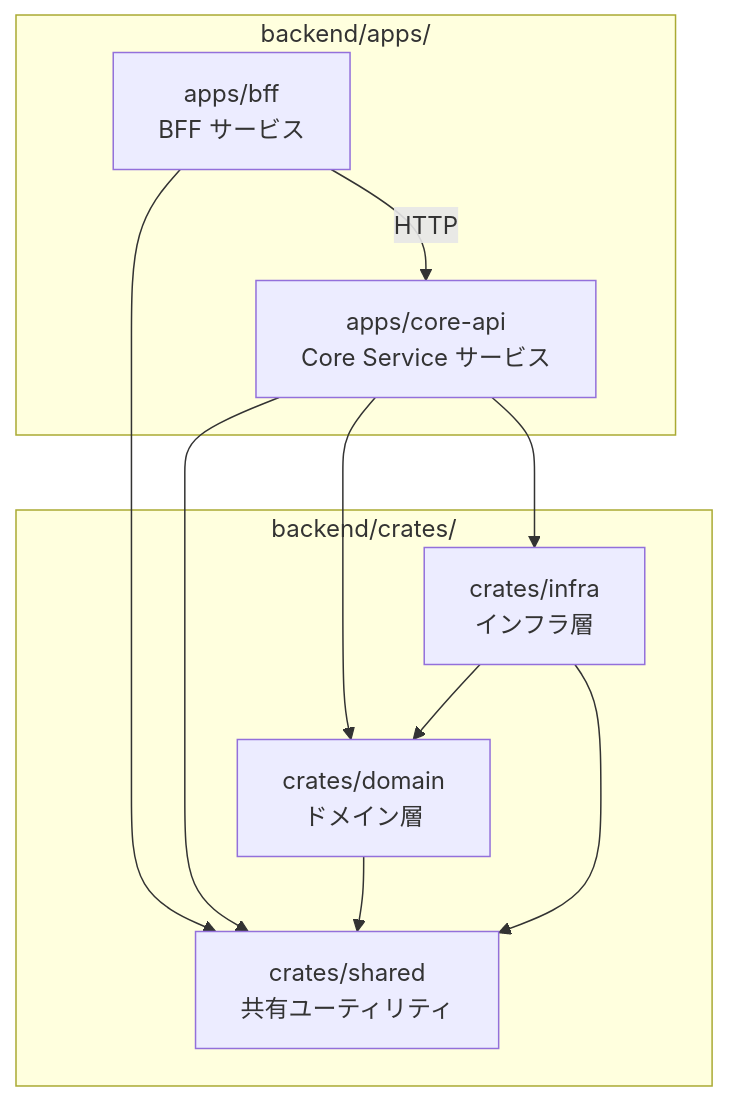
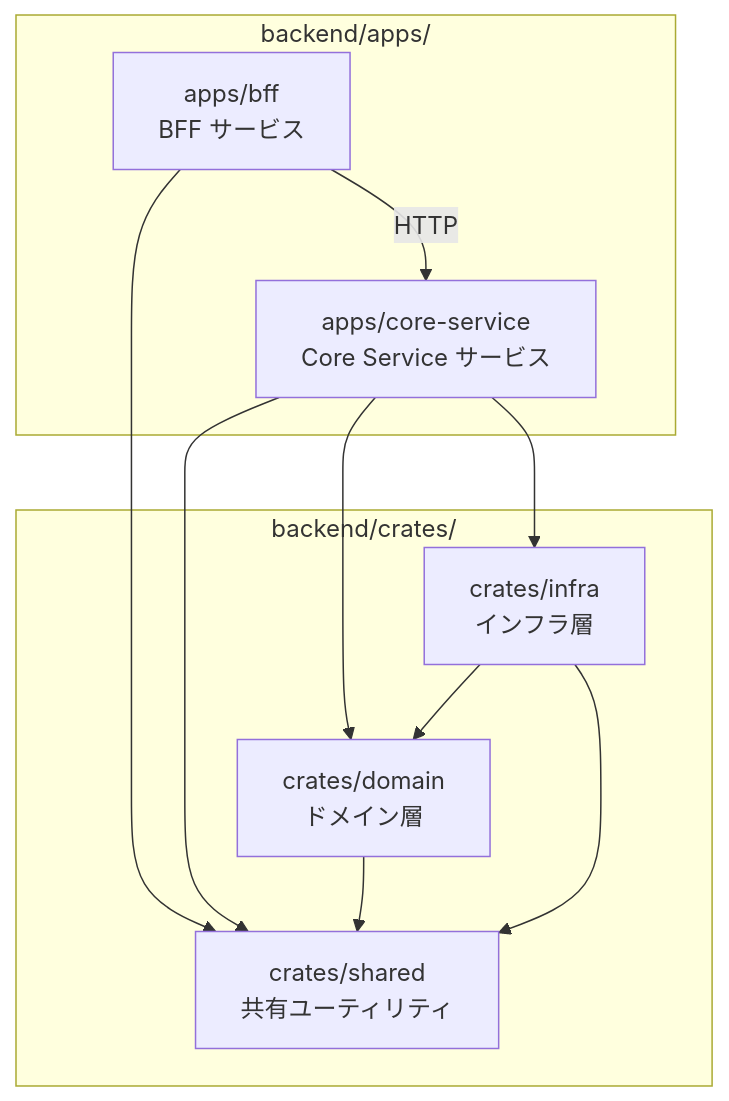
One commit to ka2kama/ringiflow changed the first of 3 diagrams in docs/02_基本設計書/02_プロジェクト構造設計.md. Above: the diagram before and after it, drawn with Mermaid. The commit also changed other lines of this file and 12 other files, not shown here.

First line of the commit message:
docs: ドキュメント内の core-api → core-service を修正

````diff
--- a/docs/02_基本設計書/02_プロジェクト構造設計.md
+++ b/docs/02_基本設計書/02_プロジェクト構造設計.md
@@ -151,24 +151,24 @@
 ```mermaid
 graph TB
     subgraph "backend/apps/"
         BFF["apps/bff<br/>BFF サービス"]
-        CoreService["apps/core-api<br/>Core Service サービス"]
+        CoreService["apps/core-service<br/>Core Service サービス"]
     end
 
     subgraph "backend/crates/"
         Domain["crates/domain<br/>ドメイン層"]
         Infra["crates/infra<br/>インフラ層"]
         Shared["crates/shared<br/>共有ユーティリティ"]
     end
 
     BFF -->|HTTP| CoreService
     BFF --> Shared
 
     CoreService --> Domain
     CoreService --> Infra
     CoreService --> Shared
 
     Domain --> Shared
     Infra --> Domain
     Infra --> Shared
 ```
````
